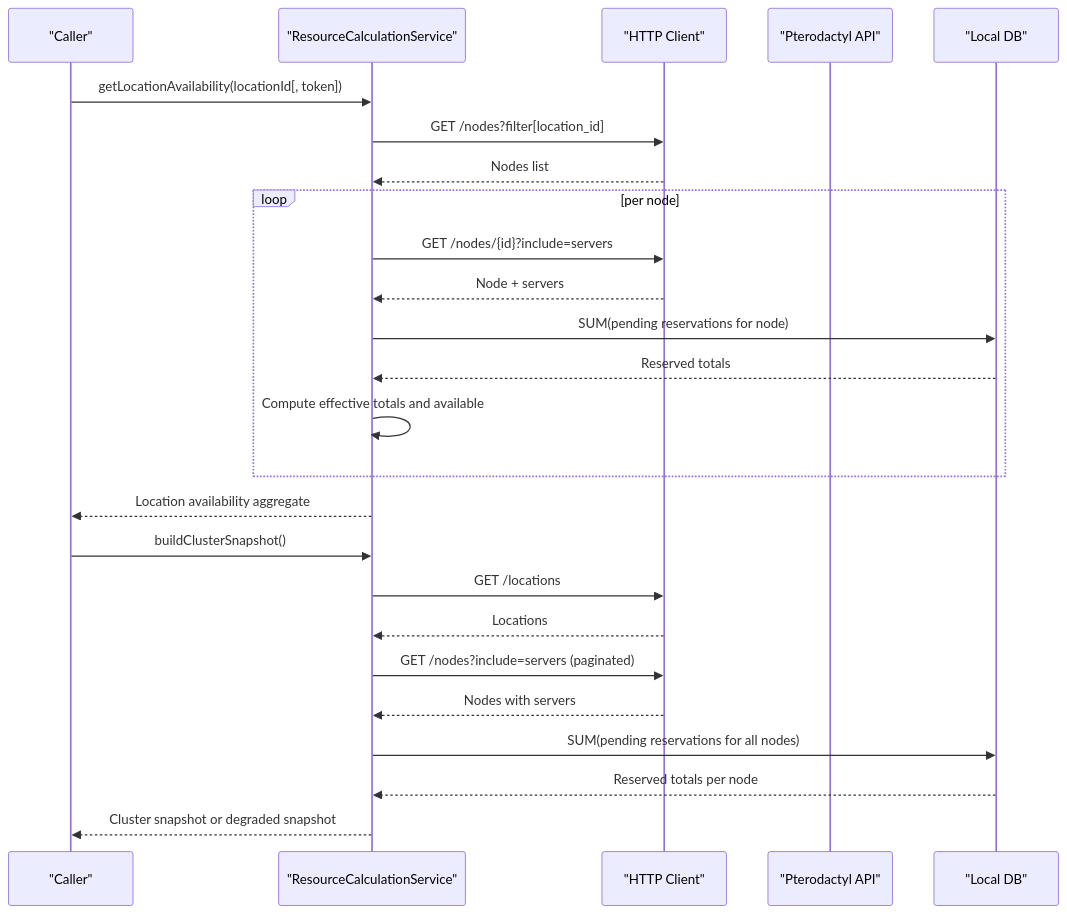
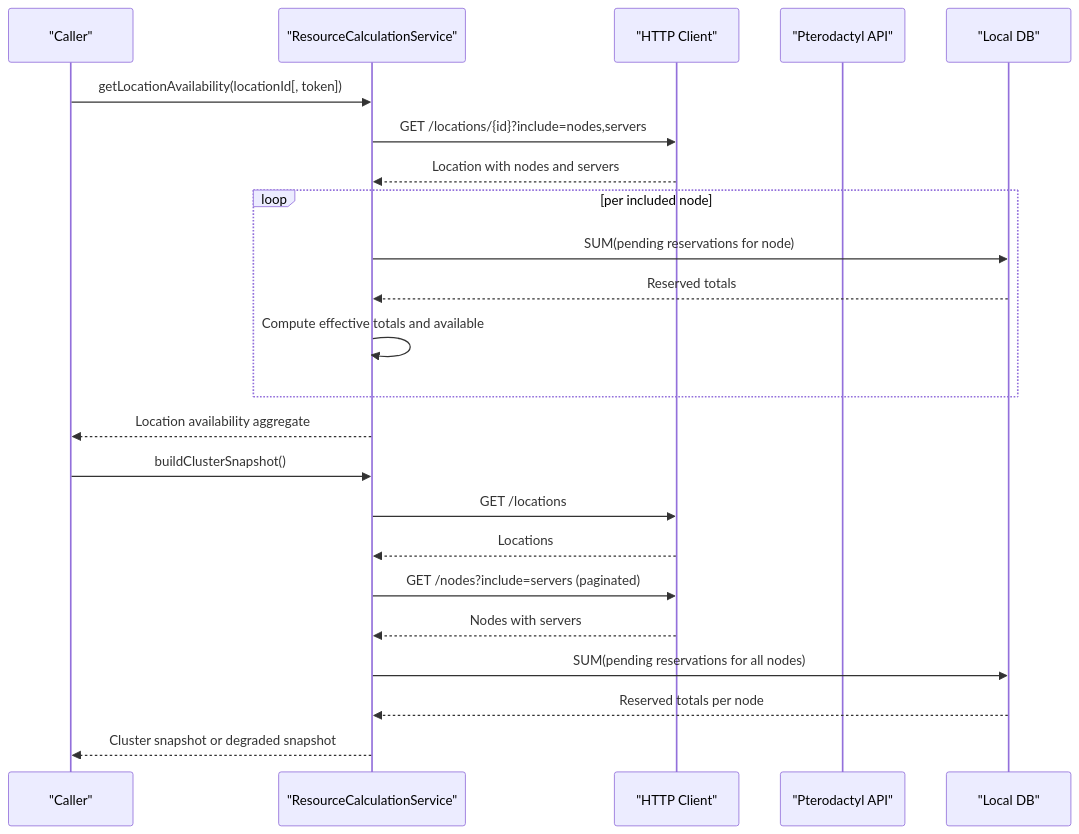
The second of 3 diagrams in .qoder/repowiki/en/content/Core Services/ResourceCalculationService.md (ObsidianNetwork/dynamic-pterodactyl), drawn with Mermaid before and after one commit. The commit also changed other lines of this file and 23 other files, not shown here.

````diff
--- a/.qoder/repowiki/en/content/Core Services/ResourceCalculationService.md
+++ b/.qoder/repowiki/en/content/Core Services/ResourceCalculationService.md
@@ -84,27 +84,25 @@
 ```mermaid
 sequenceDiagram
 participant Caller as "Caller"
 participant RCS as "ResourceCalculationService"
 participant HTTP as "HTTP Client"
 participant Ptero as "Pterodactyl API"
 participant DB as "Local DB"
 Caller->>RCS : getLocationAvailability(locationId[, token])
-RCS->>HTTP : GET /nodes?filter[location_id]
-HTTP-->>RCS : Nodes list
-loop per node
-RCS->>HTTP : GET /nodes/{id}?include=servers
-HTTP-->>RCS : Node + servers
+RCS->>HTTP : GET /locations/{id}?include=nodes,servers
+HTTP-->>RCS : Location with nodes and servers
+loop per included node
 RCS->>DB : SUM(pending reservations for node)
 DB-->>RCS : Reserved totals
 RCS->>RCS : Compute effective totals and available
 end
 RCS-->>Caller : Location availability aggregate
 Caller->>RCS : buildClusterSnapshot()
 RCS->>HTTP : GET /locations
 HTTP-->>RCS : Locations
 RCS->>HTTP : GET /nodes?include=servers (paginated)
 HTTP-->>RCS : Nodes with servers
 RCS->>DB : SUM(pending reservations for all nodes)
 DB-->>RCS : Reserved totals per node
 RCS-->>Caller : Cluster snapshot or degraded snapshot
 ```
````
